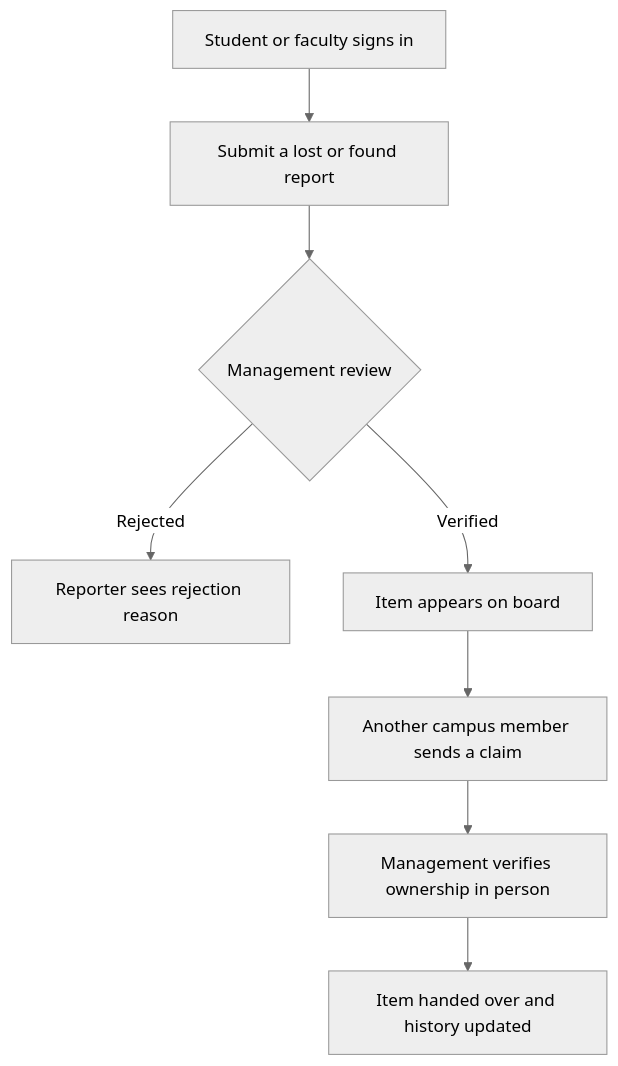
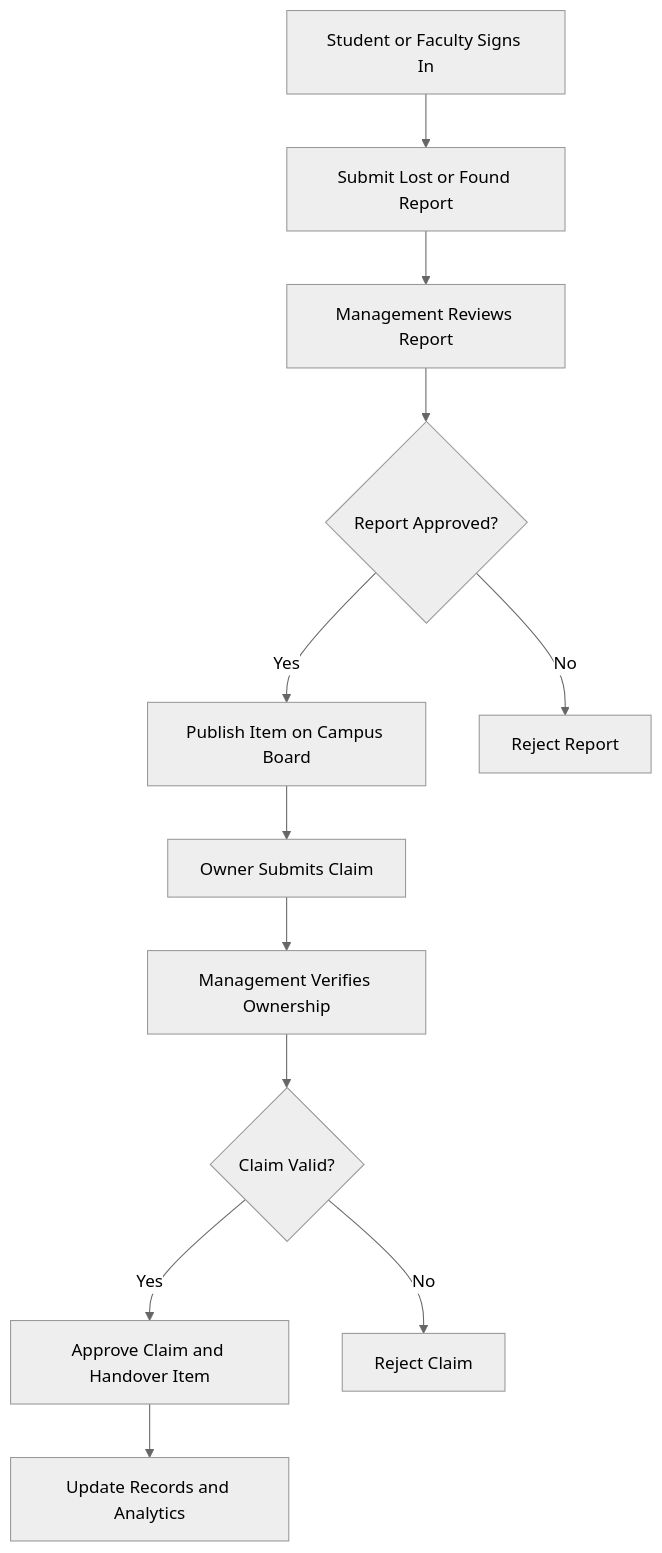
The diagram in README.md (Kiran-hub-07/Back2You), drawn with Mermaid (neutral theme) before and after one commit. The commit also changed other lines of this file, not shown here.

Commit message:
README.md

````diff
--- a/README.md
+++ b/README.md
@@ -56,10 +65,27 @@
 ```mermaid
 flowchart TD
-    A[Student or faculty signs in] --> B[Submit a lost or found report]
-    B --> C{Management review}
-    C -->|Rejected| D[Reporter sees rejection reason]
-    C -->|Verified| E[Item appears on board]
-    E --> F[Another campus member sends a claim]
-    F --> G[Management verifies ownership in person]
-    G --> H[Item handed over and history updated]
+    A["Student or Faculty Signs In"]
+    B["Submit Lost or Found Report"]
+    C["Management Reviews Report"]
+    D{"Report Approved?"}
+    E["Publish Item on Campus Board"]
+    F["Reject Report"]
+    G["Owner Submits Claim"]
+    H["Management Verifies Ownership"]
+    I{"Claim Valid?"}
+    J["Approve Claim and Handover Item"]
+    K["Reject Claim"]
+    L["Update Records and Analytics"]
+
+    A --> B
+    B --> C
+    C --> D
+    D -->|Yes| E
+    D -->|No| F
+    E --> G
+    G --> H
+    H --> I
+    I -->|Yes| J
+    I -->|No| K
+    J --> L
 ```
````
